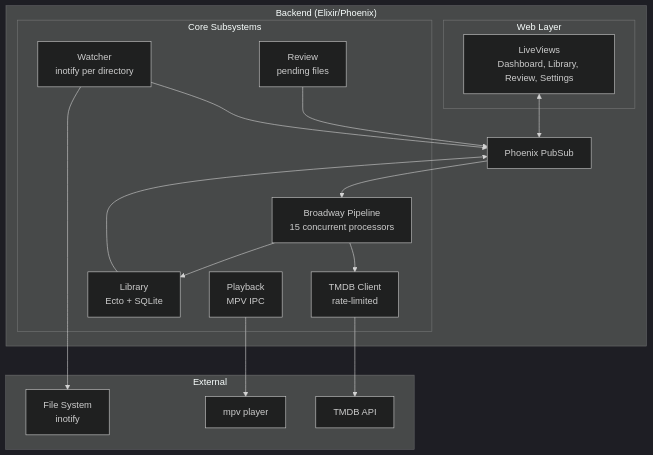
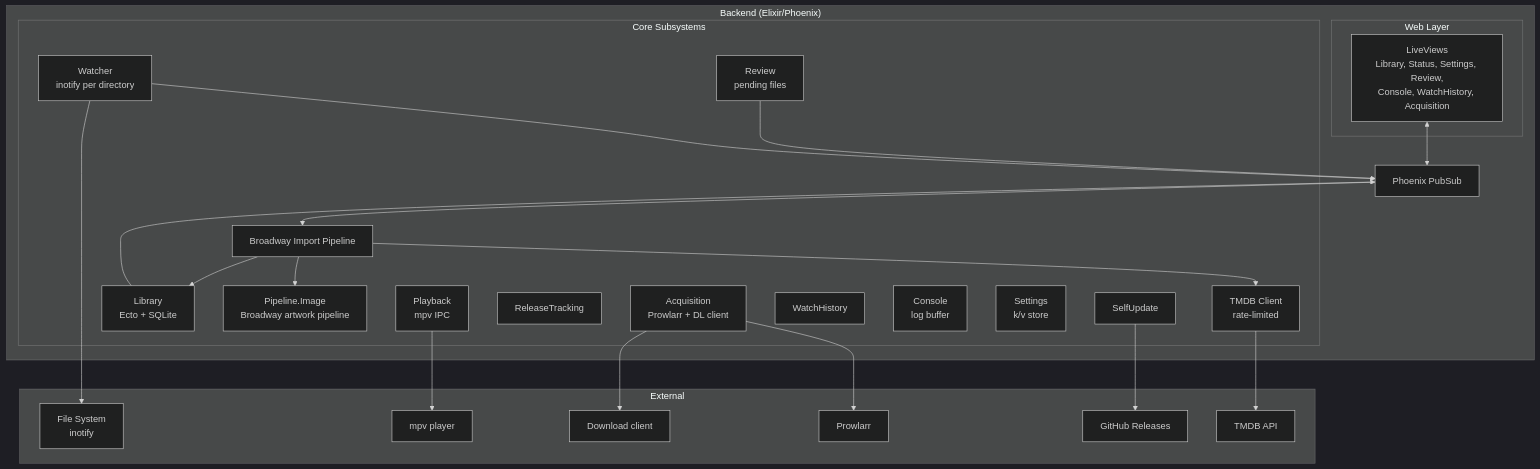
Before and after one commit to media-centaur/media-centaur: the first of 3 diagrams in docs/architecture.md, drawn with Mermaid (dark theme). The commit also changed other lines of this file and 7 other files, not shown here.

Commit message:
docs: refresh architecture, subsystem, and image-caching reference docs

````diff
--- a/docs/architecture.md
+++ b/docs/architecture.md
@@ -17,36 +18,50 @@
 ```mermaid
 graph TB
     subgraph Backend["Backend (Elixir/Phoenix)"]
         subgraph Web["Web Layer"]
-            LiveViews[LiveViews<br/>Dashboard, Library, Review, Settings]
+            LiveViews[LiveViews<br/>Library, Status, Settings, Review,<br/>Console, WatchHistory, Acquisition]
         end
 
         subgraph Core["Core Subsystems"]
             Watcher[Watcher<br/>inotify per directory]
-            Pipeline[Broadway Pipeline<br/>15 concurrent processors]
+            Pipeline[Broadway Import Pipeline]
+            ImagePipeline[Pipeline.Image<br/>Broadway artwork pipeline]
             TMDB[TMDB Client<br/>rate-limited]
             Library[Library<br/>Ecto + SQLite]
-            Playback[Playback<br/>MPV IPC]
+            Playback[Playback<br/>mpv IPC]
             Review[Review<br/>pending files]
+            ReleaseTracking[ReleaseTracking]
+            Acquisition[Acquisition<br/>Prowlarr + DL client]
+            WatchHistory[WatchHistory]
+            Console[Console<br/>log buffer]
+            Settings[Settings<br/>k/v store]
+            SelfUpdate[SelfUpdate]
         end
 
         PubSub[Phoenix PubSub]
     end
 
     subgraph External
         TMDBAPI[TMDB API]
+        Prowlarr[Prowlarr]
+        DLClient[Download client]
         FS[File System<br/>inotify]
         MPV[mpv player]
+        GitHub[GitHub Releases]
     end
 
     LiveViews <--> PubSub
     Watcher --> PubSub
     PubSub --> Pipeline
     Pipeline --> TMDB
+    Pipeline --> ImagePipeline
     TMDB --> TMDBAPI
     Pipeline --> Library
     Watcher --> FS
     Playback --> MPV
     Library --> PubSub
     Review --> PubSub
+    Acquisition --> Prowlarr
+    Acquisition --> DLClient
+    SelfUpdate --> GitHub
 ```
````
